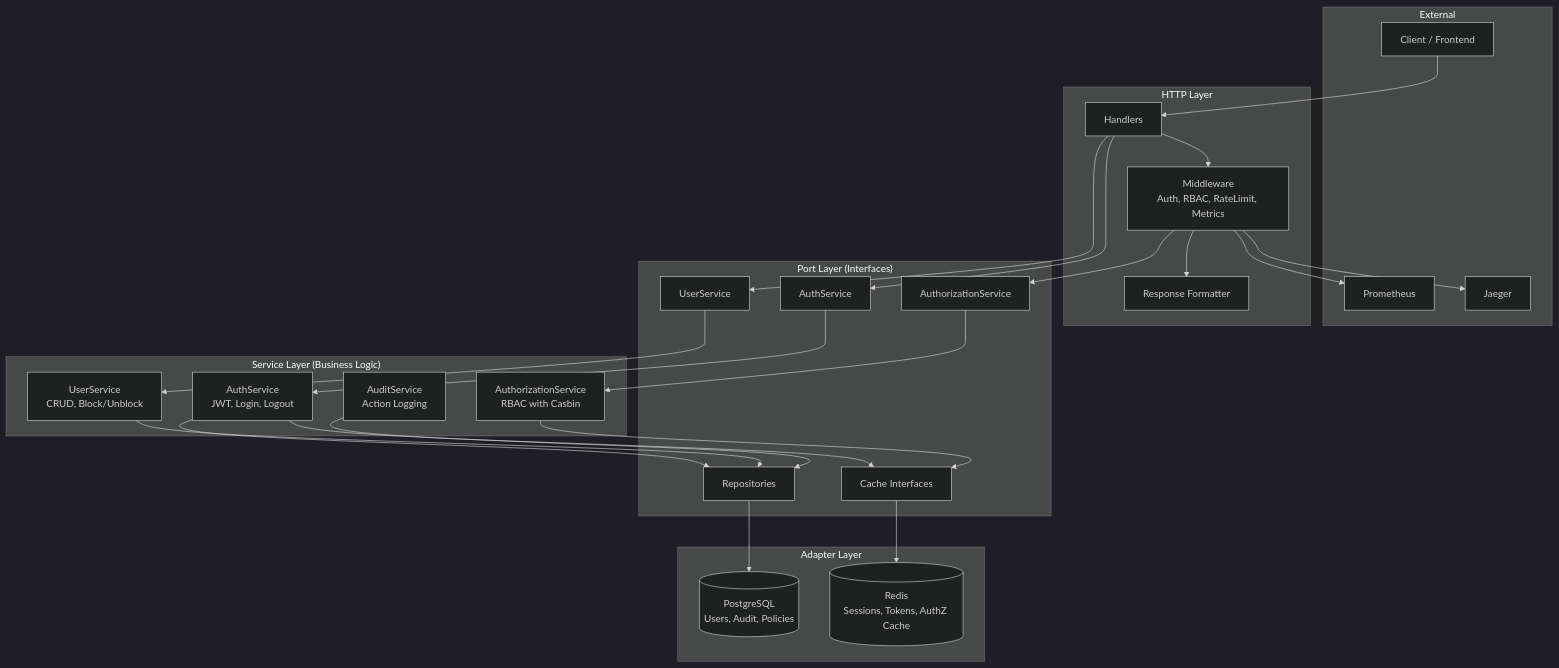
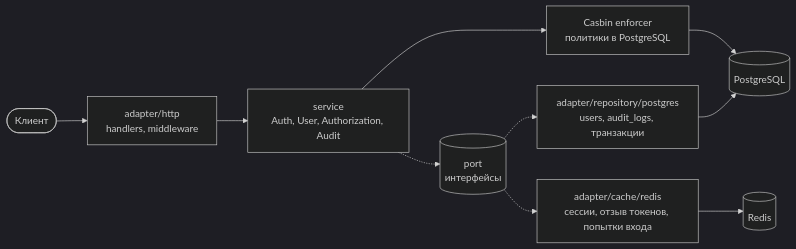
The first of 2 diagrams in README.md (andrewhigh08/iam-service), drawn with Mermaid (dark theme) before and after one commit. The commit also changed other lines of this file and 9 other files, not shown here.

````diff
--- a/README.md
+++ b/README.md
@@ -82,58 +95,12 @@
 ```mermaid
-graph TB
-    subgraph "External"
-        Client[Client / Frontend]
-        Prometheus[Prometheus]
-        Jaeger[Jaeger]
-    end
-
-    subgraph "HTTP Layer"
-        Handlers[Handlers]
-        Middleware[Middleware<br/>Auth, RBAC, RateLimit, Metrics]
-        Response[Response Formatter]
-    end
-
-    subgraph "Port Layer (Interfaces)"
-        AuthServicePort[AuthService]
-        UserServicePort[UserService]
-        AuthzServicePort[AuthorizationService]
-        RepoPort[Repositories]
-        CachePort[Cache Interfaces]
-    end
-
-    subgraph "Service Layer (Business Logic)"
-        AuthService[AuthService<br/>JWT, Login, Logout]
-        UserService[UserService<br/>CRUD, Block/Unblock]
-        AuthzService[AuthorizationService<br/>RBAC with Casbin]
-        AuditService[AuditService<br/>Action Logging]
-    end
-
-    subgraph "Adapter Layer"
-        PostgresRepo[(PostgreSQL<br/>Users, Audit, Policies)]
-        RedisCache[(Redis<br/>Sessions, Tokens, AuthZ Cache)]
-    end
-
-    Client --> Handlers
-    Handlers --> Middleware
-    Middleware --> Response
-
-    Handlers --> AuthServicePort
-    Handlers --> UserServicePort
-    Middleware --> AuthzServicePort
-
-    AuthServicePort --> AuthService
-    UserServicePort --> UserService
-    AuthzServicePort --> AuthzService
-
-    AuthService --> RepoPort
-    AuthService --> CachePort
-    UserService --> RepoPort
-    AuthzService --> CachePort
-    AuditService --> RepoPort
-
-    RepoPort --> PostgresRepo
-    CachePort --> RedisCache
-
-    Middleware --> Prometheus
-    Middleware --> Jaeger
+flowchart LR
+    client([Клиент]) --> http[adapter/http<br/>handlers, middleware]
+    http --> svc[service<br/>Auth, User, Authorization, Audit]
+    svc -.-> port[(port<br/>интерфейсы)]
+    port -.-> pg[adapter/repository/postgres<br/>users, audit_logs, транзакции]
+    port -.-> rds[adapter/cache/redis<br/>сессии, отзыв токенов, попытки входа]
+    svc --> casbin[Casbin enforcer<br/>политики в PostgreSQL]
+    pg --> db[(PostgreSQL)]
+    rds --> redis[(Redis)]
+    casbin --> db
 ```
````
